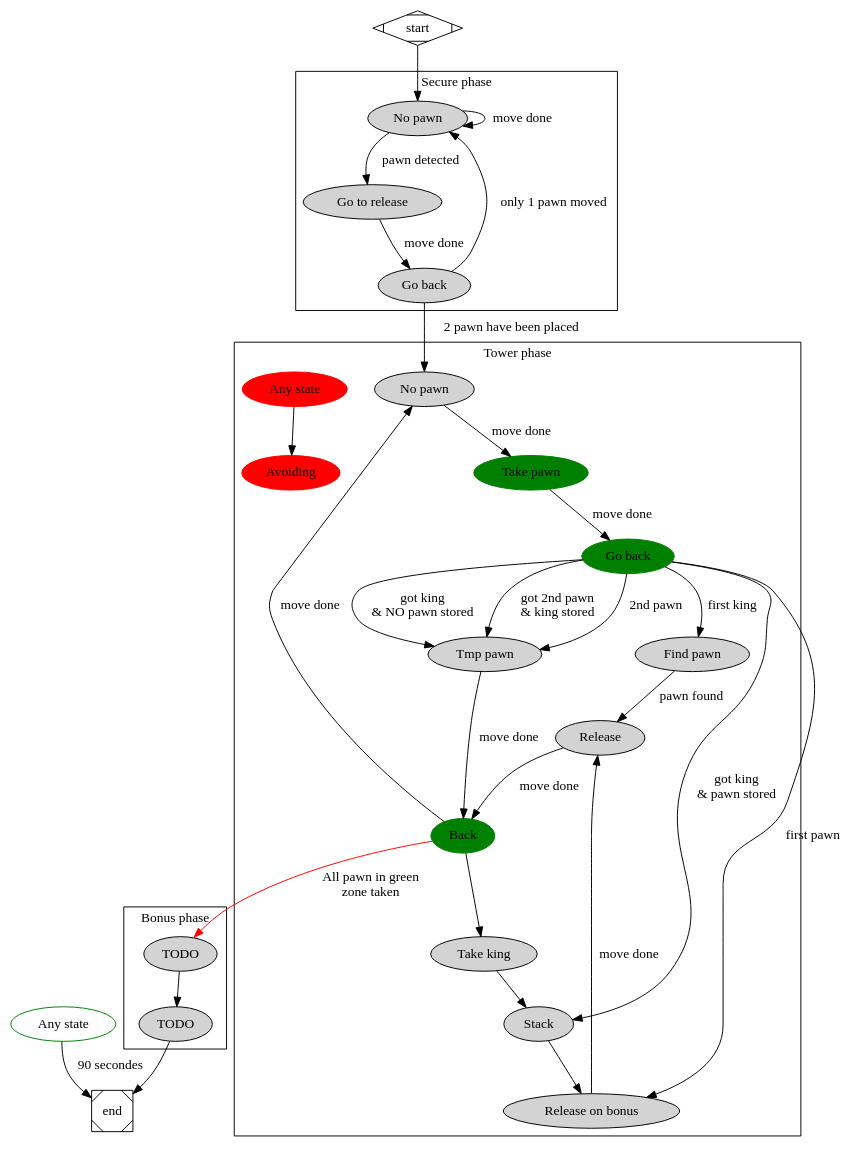
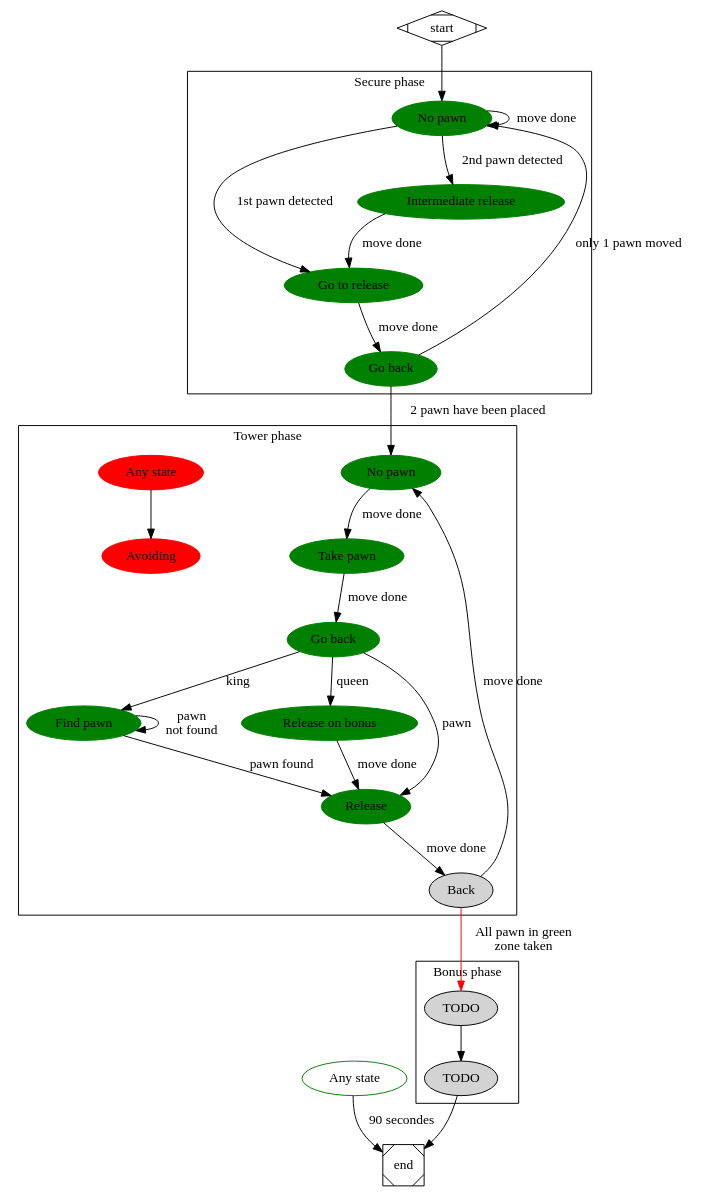
Before and after one commit to JBot/Maximus: the diagram in graph/decisions_global.dot, drawn with Graphviz. The commit also changed 2 other files, not shown here.

```diff
--- a/graph/decisions_global.dot
+++ b/graph/decisions_global.dot
@@ -1,89 +1,82 @@
 digraph G {
 
 	any_state_global [label = "Any state", color = green];
 
 	subgraph cluster_0 {
 		color=black
 		node [style=filled];
-		no_pawn1 [label = "No pawn"];
-	        goto_release1 [label = "Go to release"];
-        	go_back1 [label = "Go back"];
+		no_pawn1 [label = "No pawn", color = green];
+	        goto_release1 [label = "Go to release", color = green];
+        	go_back1 [label = "Go back", color = green];
+        	intermediate_release1 [label = "Intermediate release", color = green];
 
         	no_pawn1 -> no_pawn1 [label = "move done"];
 
-        	no_pawn1 -> goto_release1 [label = "pawn detected"];
+        	no_pawn1 -> goto_release1 [label = "1st pawn detected"];
+		
+                no_pawn1 -> intermediate_release1 [label = "2nd pawn detected"];		
+        	intermediate_release1 -> goto_release1 [label = "move done"];
 
         	goto_release1 -> go_back1 [label = "move done"];
 
         	go_back1 -> no_pawn1 [label = "only 1 pawn moved"];
 		label = "Secure phase";
 	}
 
 	subgraph cluster_1 {
 		node [style=filled];
-		no_pawn2  [label = "No pawn"];
+		no_pawn2  [label = "No pawn", color = green];
 		take_pawn2  [label = "Take pawn", color = green];
 		go_back2  [label = "Go back", color = green];
-		back2  [label = "Back", color = green];
-		find_pawn2  [label = "Find pawn"];
-		tmp_pawn2  [label = "Tmp pawn"];
-		stack2  [label = "Stack"];
-		release_on_bonus2  [label = "Release on bonus"];
-		release2  [label = "Release"];
+		back2  [label = "Back"];
+		find_pawn2  [label = "Find pawn", color = green];
+		release_on_bonus2  [label = "Release on bonus", color = green];
+		release2  [label = "Release", color = green];
 		any_states2  [label = "Any state", color = red];
 		avoiding2  [label = "Avoiding", color = red];
-		take_king2  [label = "Take king"];
 
 		
 		no_pawn2 -> take_pawn2 [label = "move done"];
 		take_pawn2 -> go_back2 [label = "move done"];
 		
-		go_back2 -> tmp_pawn2 [label = "got 2nd pawn \n& king stored"];
-		go_back2 -> tmp_pawn2 [label = "2nd pawn"];
-		go_back2 -> tmp_pawn2 [label = "got king \n& NO pawn stored"];
-		go_back2 -> stack2 [label = "got king \n& pawn stored"];
-		go_back2 -> release_on_bonus2 [label = "first pawn"];
-		go_back2 -> find_pawn2 [label = "first king"];
+		go_back2 -> release2 [label = "pawn"];
+		go_back2 -> release_on_bonus2 [label = "queen"];
+		go_back2 -> find_pawn2 [label = "king"];
+		
+		find_pawn2 -> find_pawn2 [label = "pawn \nnot found"];
 
 		find_pawn2 -> release2 [label = "pawn found"];	
 		release2 -> back2 [label = "move done"];
 		back2 -> no_pawn2 [label = "move done"];
 		
-		tmp_pawn2 -> back2 [label = "move done"];		
-
-		stack2 -> release_on_bonus2;
-		
 		release_on_bonus2 -> release2 [label = "move done"];
 		
-		back2 -> take_king2;
-		take_king2 -> stack2;
-
 		any_states2 -> avoiding2;
 
 		label = "Tower phase";
 		color=black
 	}
 
         subgraph cluster_2 {
                 node [style=filled];
                 no_pawn3 [label = "TODO"];
                 take_pawn3 [label = "TODO"];
 
                 no_pawn3 -> take_pawn3;
 
 
                 label = "Bonus phase";
                 color=black
         }
 
 
 	start -> no_pawn1;
         go_back1 -> no_pawn2 [label = "2 pawn have been placed"];
 	back2 -> no_pawn3 [label = "All pawn in green \nzone taken", color = red];
 	take_pawn3 -> end;
 
 	any_state_global -> end [label = "90 secondes"];
 
 	start [shape=Mdiamond];
 	end [shape=Msquare];
 }
```
